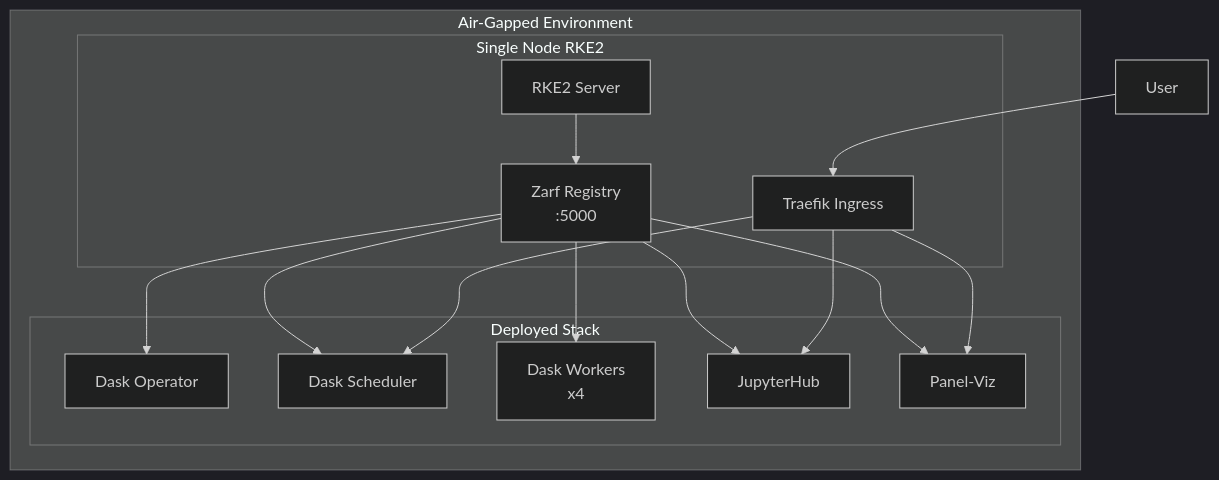
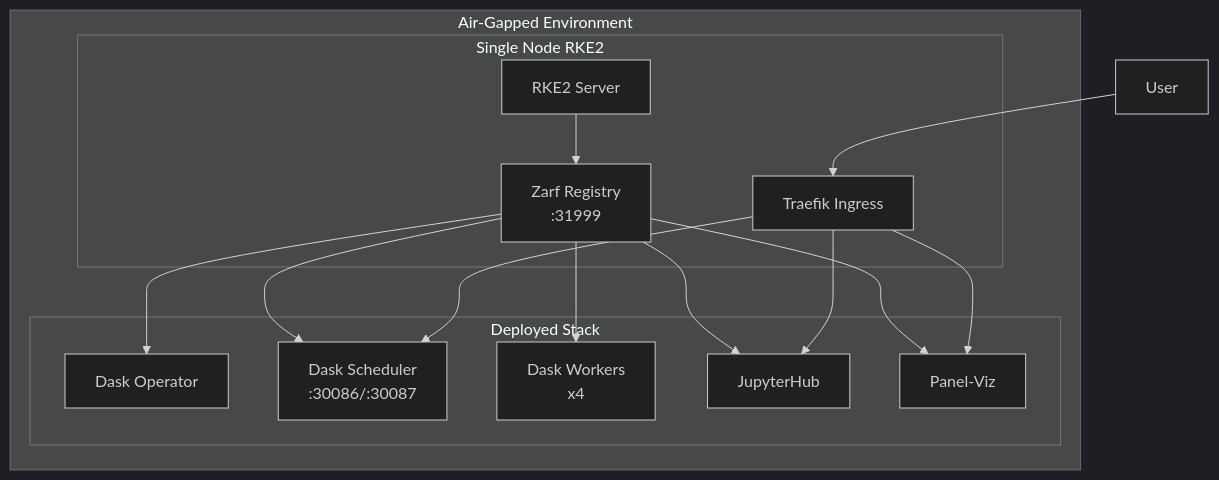
The first of 2 diagrams in zarf/README.md (rch/cldr-cybersec), drawn with Mermaid (dark theme) before and after one commit. The commit also changed other lines of this file and 1 other file, not shown here.

First line of the commit message:
Update Zarf README with quickstart and add deployment verification script

````diff
--- a/zarf/README.md
+++ b/zarf/README.md
@@ -13,31 +169,31 @@
 ```mermaid
 graph TB
     subgraph "Air-Gapped Environment"
         subgraph "Single Node RKE2"
             RKE2[RKE2 Server]
-            REGISTRY[Zarf Registry<br/>:5000]
+            REGISTRY[Zarf Registry<br/>:31999]
             TRAEFIK[Traefik Ingress]
         end
 
         subgraph "Deployed Stack"
             DASK_OP[Dask Operator]
-            DASK_SCHED[Dask Scheduler]
+            DASK_SCHED[Dask Scheduler<br/>:30086/:30087]
             DASK_WORK[Dask Workers<br/>x4]
             JUPYTER[JupyterHub]
             PANEL[Panel-Viz]
         end
 
         RKE2 --> REGISTRY
         REGISTRY --> DASK_OP
         REGISTRY --> DASK_SCHED
         REGISTRY --> DASK_WORK
         REGISTRY --> JUPYTER
         REGISTRY --> PANEL
 
         TRAEFIK --> JUPYTER
         TRAEFIK --> PANEL
         TRAEFIK --> DASK_SCHED
     end
 
     USER[User] --> TRAEFIK
 ```
````
